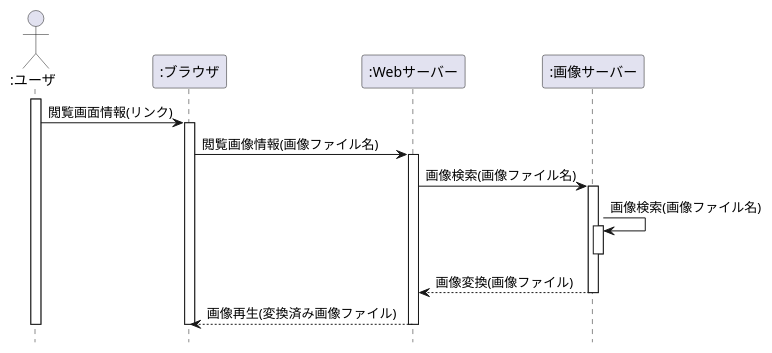
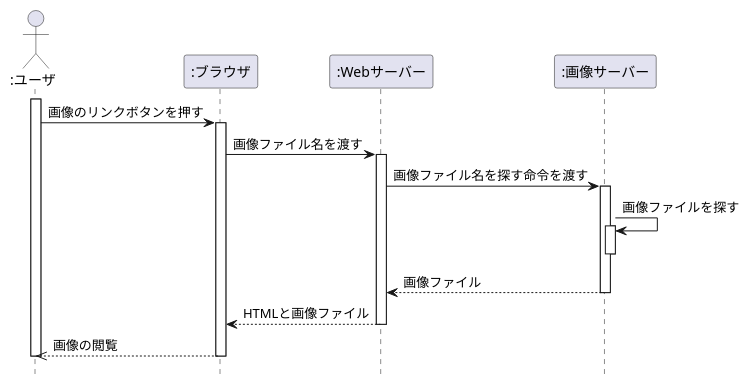
One commit to yoshidasen/uml-introduction changed the diagram in 演習4-6_SD_Web画像検索.pu. Above: the diagram before and after it, drawn with PlantUML.

Commit message:
演習4-6　修正

```diff
--- a/演習4-6_SD_Web画像検索.pu
+++ b/演習4-6_SD_Web画像検索.pu
@@ -1,24 +1,25 @@
 @startuml
     hide footbox
     actor ":ユーザ" as user
     participant ":ブラウザ" as blouser
     participant ":Webサーバー" as web
     participant ":画像サーバー" as images
 
     activate user
-        user -> blouser : 閲覧画面情報(リンク)
+        user -> blouser : 画像のリンクボタンを押す
         activate blouser
-            blouser -> web: 閲覧画像情報(画像ファイル名)
+            blouser -> web: 画像ファイル名を渡す
             activate web
-                web -> images : 画像検索(画像ファイル名)
+                web -> images : 画像ファイル名を探す命令を渡す
                 activate images
-                    images -> images : 画像検索(画像ファイル名)
+                    images -> images : 画像ファイルを探す
                     activate images
                     deactivate images
-                    web <-- images : 画像変換(画像ファイル)
+                    web <-- images : 画像ファイル
                 deactivate images
-                blouser <-- web : 画像再生(変換済み画像ファイル)
+                blouser <-- web : HTMLと画像ファイル
             deactivate web
+            user <<-- blouser : 画像の閲覧
         deactivate blouser
     deactivate user
 @enduml
```
